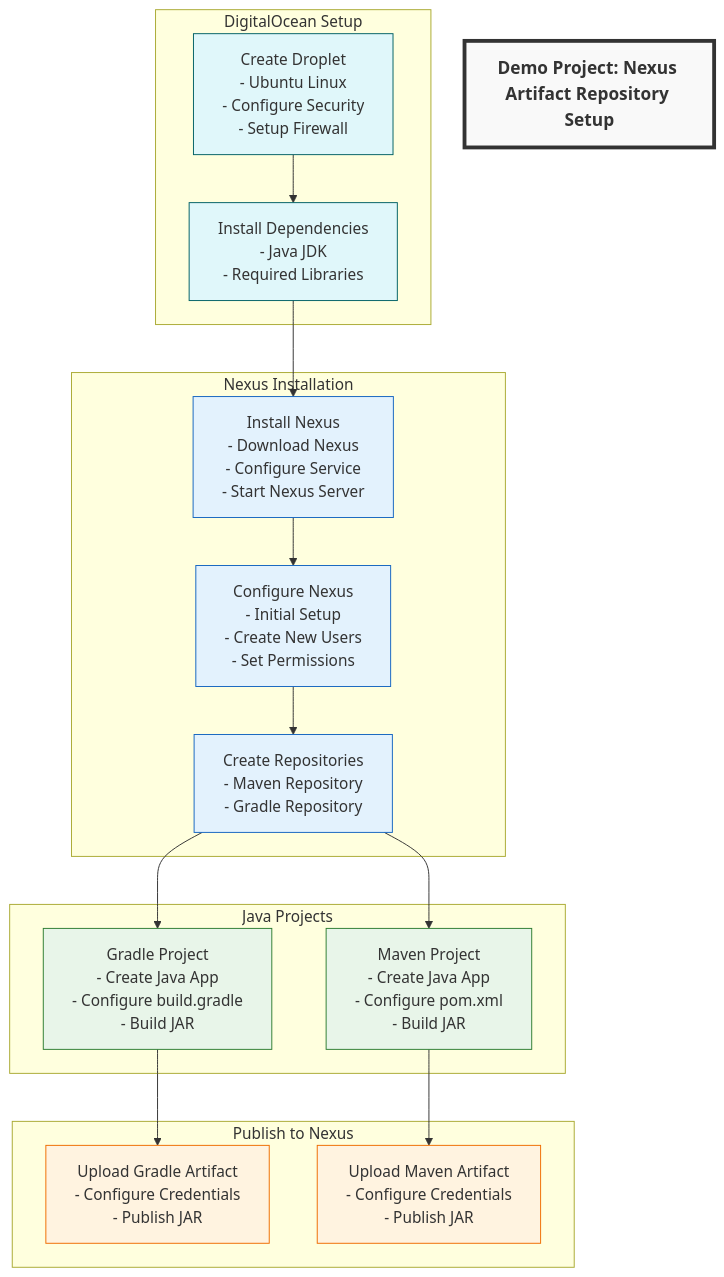
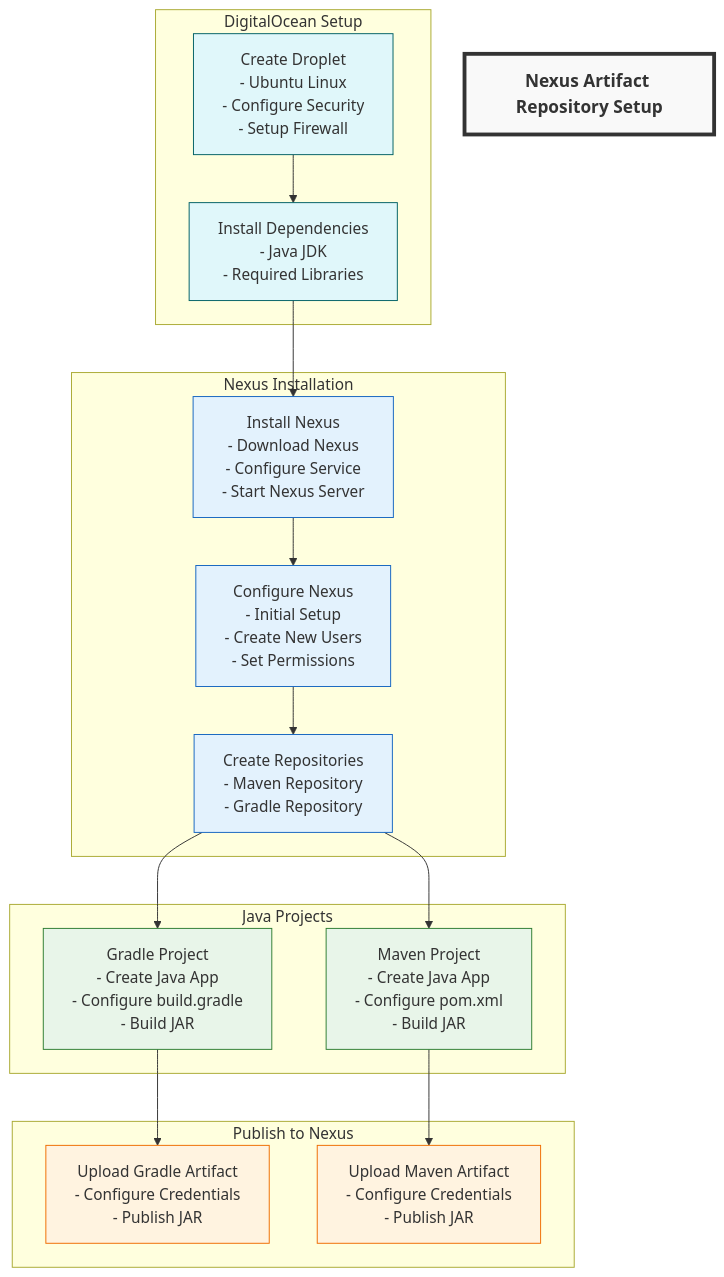
The diagram in nexus1.mermaid (Princeton45/nexus-droplet-setup), drawn with Mermaid before and after one commit.

Commit message:
first commit11111

```diff
--- a/nexus1.mermaid
+++ b/nexus1.mermaid
@@ -1,71 +1,71 @@
 %%{init: {'theme': 'default', 'themeVariables': { 'fontSize': '16px', 'fontFamily': 'arial' }}}%%
 graph TB
-    title["Demo Project: Nexus Artifact Repository Setup"]
+    title["Nexus Artifact Repository Setup"]
     
     subgraph DO[DigitalOcean Setup]
         A1["Create Droplet
         - Ubuntu Linux
         - Configure Security
         - Setup Firewall"]
         A2["Install Dependencies
         - Java JDK
         - Required Libraries"]
     end
     
     subgraph NX[Nexus Installation]
         B1["Install Nexus
         - Download Nexus
         - Configure Service
         - Start Nexus Server"]
         B2["Configure Nexus
         - Initial Setup
         - Create New Users
         - Set Permissions"]
         B3["Create Repositories
         - Maven Repository
         - Gradle Repository"]
     end
     
     subgraph JAVA[Java Projects]
         C1["Gradle Project
         - Create Java App
         - Configure build.gradle
         - Build JAR"]
         
         C2["Maven Project
         - Create Java App
         - Configure pom.xml
         - Build JAR"]
     end
     
     subgraph PUB[Publish to Nexus]
         D1["Upload Gradle Artifact
         - Configure Credentials
         - Publish JAR"]
         
         D2["Upload Maven Artifact
         - Configure Credentials
         - Publish JAR"]
     end
     
     A1 --> A2
     A2 --> B1
     B1 --> B2
     B2 --> B3
     B3 --> C1
     B3 --> C2
     C1 --> D1
     C2 --> D2
     
     %% Styling
     classDef title fill:#f9f9f9,stroke:#333,stroke-width:4px,font-size:18px,font-weight:bold
     classDef do fill:#e0f7fa,stroke:#006064,font-size:16px
     classDef nexus fill:#e3f2fd,stroke:#1565c0,font-size:16px
     classDef java fill:#e8f5e9,stroke:#2e7d32,font-size:16px
     classDef publish fill:#fff3e0,stroke:#ef6c00,font-size:16px
     
     class title title
     class A1,A2 do
     class B1,B2,B3 nexus
     class C1,C2 java
     class D1,D2 publish
```
